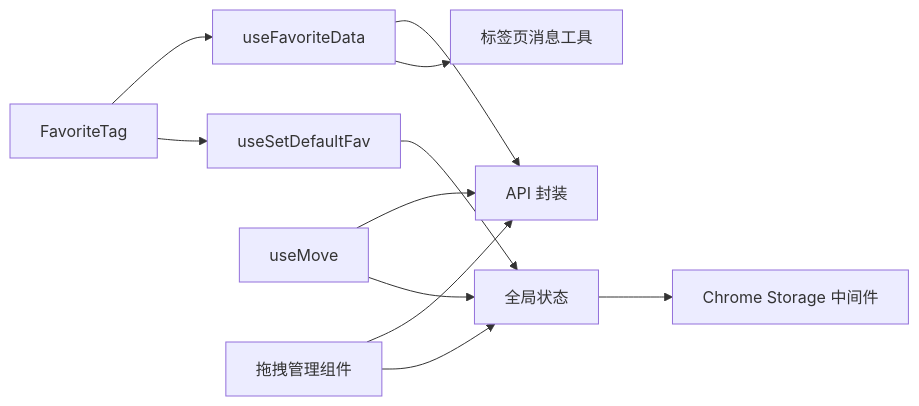
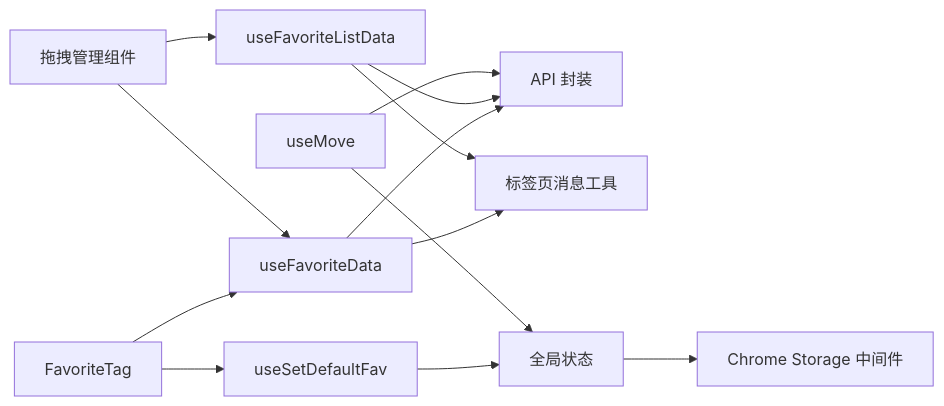
One commit to RadiumAg/bilibili-favorites changed the tenth of 10 diagrams in .qoder/repowiki/zh/content/核心功能模块/收藏夹管理系统.md. Above: the diagram before and after it, drawn with Mermaid. The commit also changed other lines of this file and 5 other files, not shown here.

````diff
--- a/.qoder/repowiki/zh/content/核心功能模块/收藏夹管理系统.md
+++ b/.qoder/repowiki/zh/content/核心功能模块/收藏夹管理系统.md
@@ -328,13 +417,15 @@
 ```mermaid
 graph LR
 FavoriteTag["FavoriteTag"] --> useFavoriteData["useFavoriteData"]
 FavoriteTag --> useSetDefaultFav["useSetDefaultFav"]
+DragManager["拖拽管理组件"] --> useFavoriteData
+DragManager --> useFavoriteListData["useFavoriteListData"]
 useFavoriteData --> api["API 封装"]
+useFavoriteListData --> api
 useFavoriteData --> tab["标签页消息工具"]
+useFavoriteListData --> tab
 useSetDefaultFav --> globalStore["全局状态"]
 useMove["useMove"] --> api
 useMove --> globalStore
-DragManager["拖拽管理组件"] --> api
-DragManager --> globalStore
 globalStore --> storageMW["Chrome Storage 中间件"]
 ```
````
